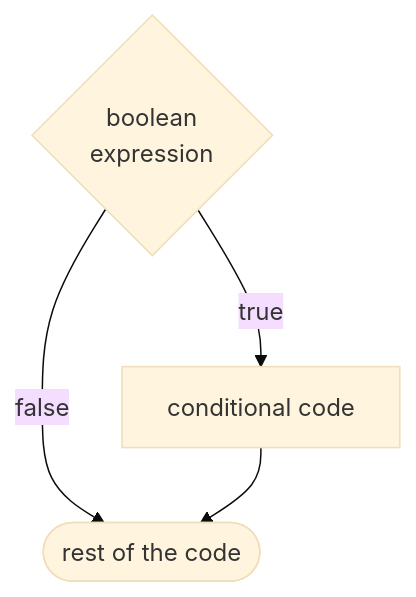
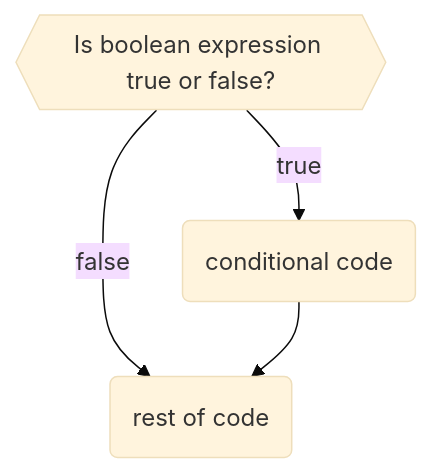
One commit to CCheung96/software-tech-demo changed the first of 4 diagrams in docs/comp1000/conditions.md. Above: the diagram before and after it, drawn with Mermaid (base theme). The commit also changed other lines of this file and 53 other files, not shown here.

Commit message:
Reconfigured Assumed Knowledge links, added mermaid diagrams to Condiitions page

````diff
--- a/docs/comp1000/conditions.md
+++ b/docs/comp1000/conditions.md
@@ -92,9 +92,9 @@
 ```mermaid
 flowchart TD
-  A@{ shape: diamond, label: "boolean<br/> expression"}
-  B[conditional code]
-  C@{ shape: stadium, label: "rest of the code"}
+  A@{ shape: hex, label: "Is boolean expression true or false?"}
+  B(conditional code)
+  C(rest of code)
   A -- true --> B
   A -- false --> C
   B --> C
 ```
````
